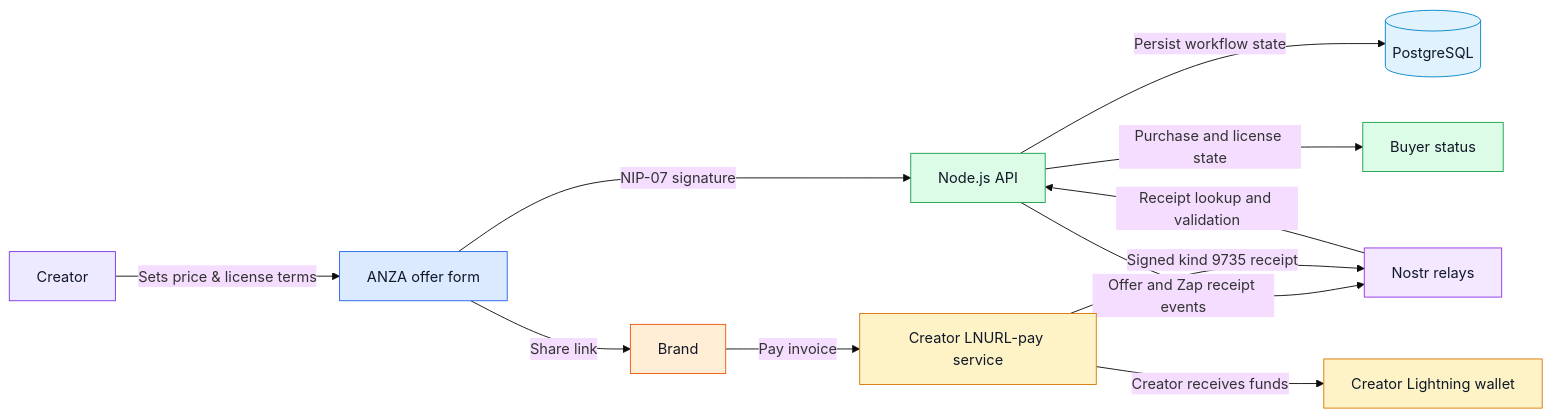
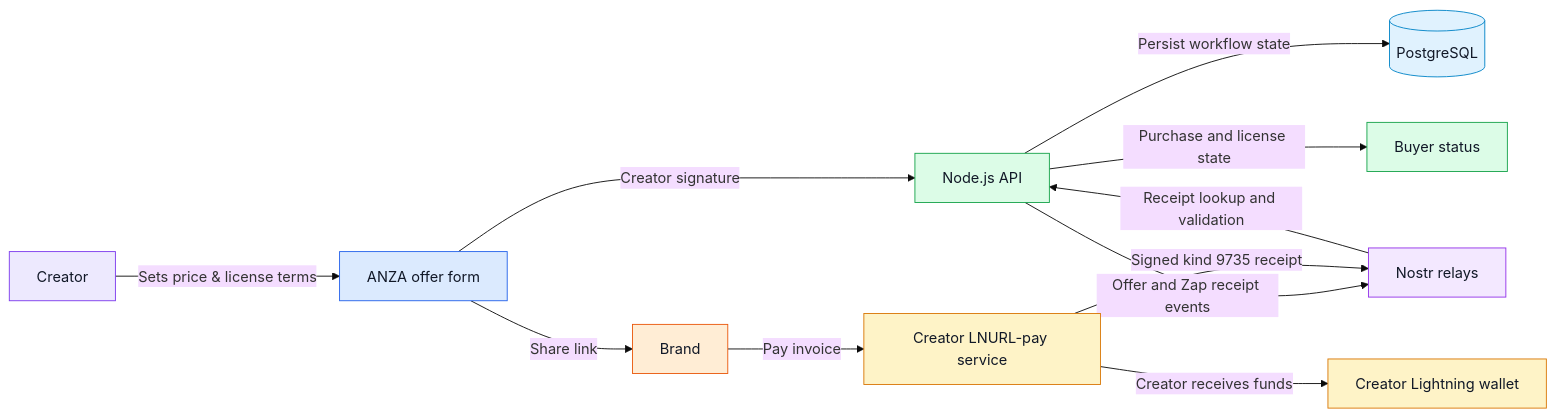
One commit to ANZA-LTD/License-Engine changed the diagram in README.md. Above: the diagram before and after it, drawn with Mermaid (base theme). The commit also changed other lines of this file and 9 other files, not shown here.

````diff
--- a/README.md
+++ b/README.md
@@ -37,23 +37,23 @@
 ```mermaid
 flowchart LR
     C[Creator] -->|Sets price & license terms| F[ANZA offer form]
-    F -->|NIP-07 signature| A[Node.js API]
+    F -->|Creator signature| A[Node.js API]
     A -->|Persist workflow state| P[(PostgreSQL)]
     A -->|Offer and Zap receipt events| N[Nostr relays]
     F -->|Share link| B[Brand]
     B -->|Pay invoice| L[Creator LNURL-pay service]
     L -->|Creator receives funds| W[Creator Lightning wallet]
     L -->|Signed kind 9735 receipt| N
     N -->|Receipt lookup and validation| A
     A -->|Purchase and license state| O[Buyer status]
 
     style C fill:#ede9fe,stroke:#7c3aed,color:#111827
     style F fill:#dbeafe,stroke:#2563eb,color:#111827
     style A fill:#dcfce7,stroke:#16a34a,color:#111827
     style P fill:#e0f2fe,stroke:#0284c7,color:#111827
     style N fill:#f3e8ff,stroke:#9333ea,color:#111827
     style B fill:#ffedd5,stroke:#ea580c,color:#111827
     style L fill:#fef3c7,stroke:#d97706,color:#111827
     style W fill:#fef3c7,stroke:#d97706,color:#111827
     style O fill:#dcfce7,stroke:#16a34a,color:#111827
 ```
````
